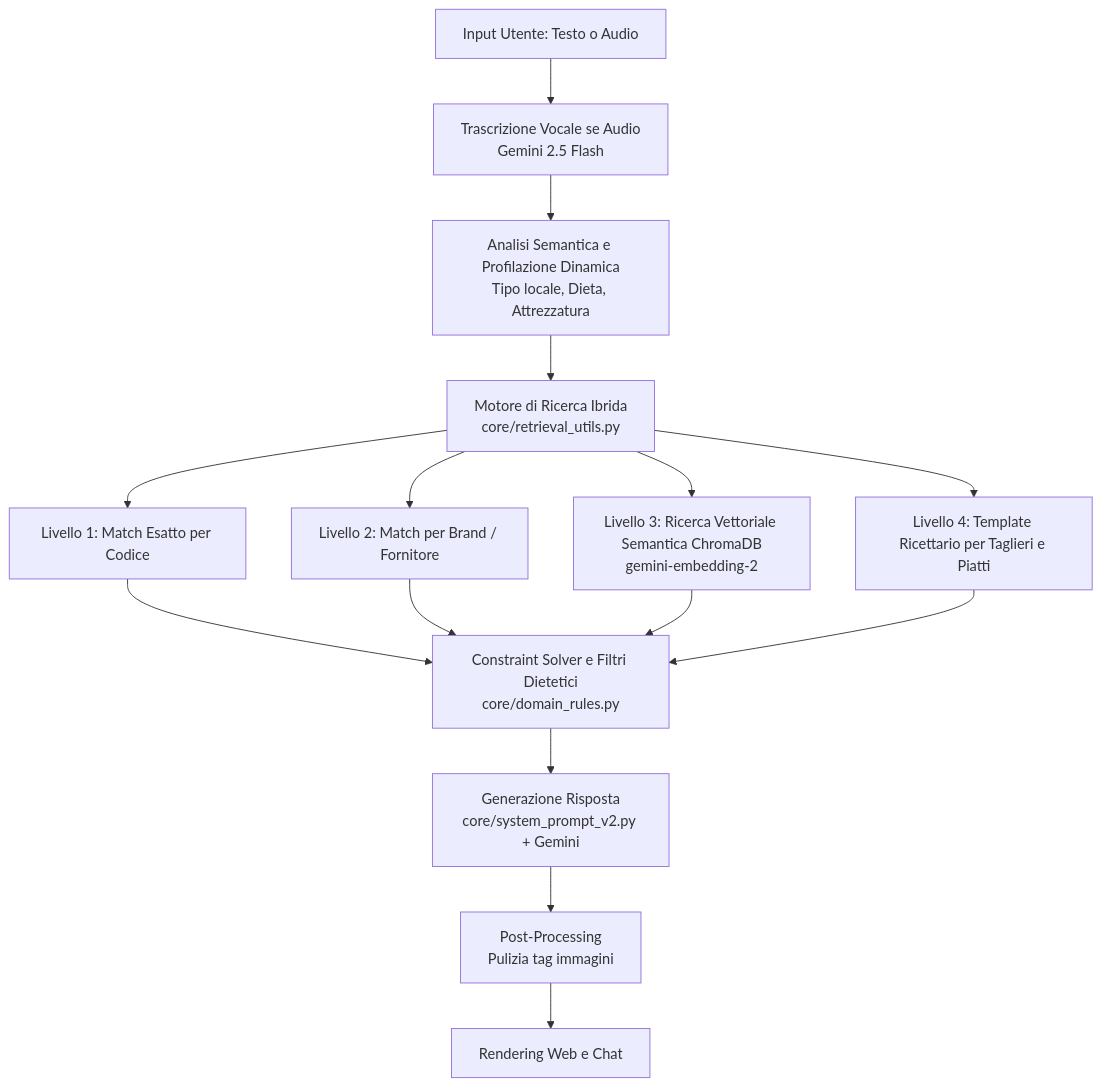
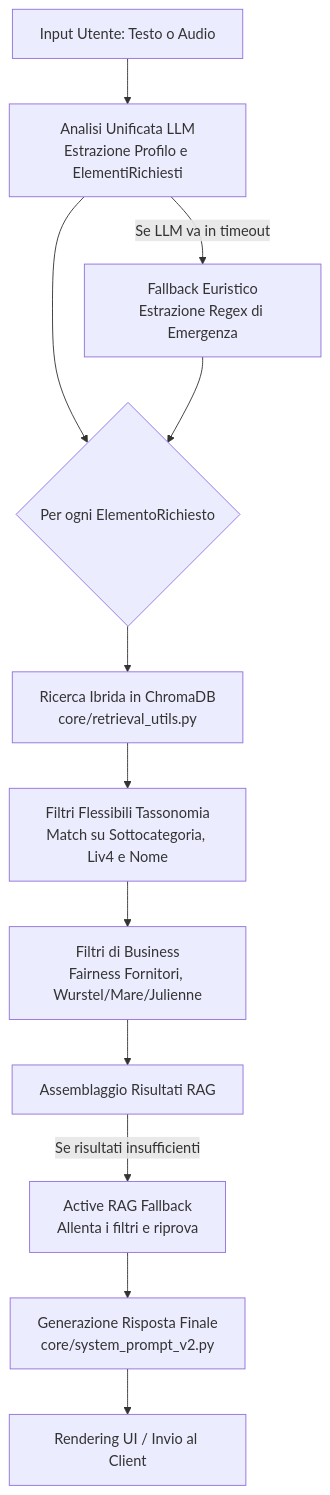
Before and after one commit to Michele1406/bot_embedding2: the diagram in README.md, drawn with Mermaid. The commit also changed other lines of this file and 1 other file, not shown here.

Commit message:
Aggiornato README.md e migliorato parsing numeri liberi nel fallback euristico

````diff
--- a/README.md
+++ b/README.md
@@ -39,14 +19,14 @@
 ```mermaid
 flowchart TD
-    A[Input Utente: Testo o Audio] --> B[Trascrizione Vocale se Audio\nGemini 2.5 Flash]
-    B --> C[Analisi Semantica e Profilazione Dinamica\nTipo locale, Dieta, Attrezzatura]
-    C --> D[Motore di Ricerca Ibrida\ncore/retrieval_utils.py]
-    D --> E[Livello 1: Match Esatto per Codice]
-    D --> F[Livello 2: Match per Brand / Fornitore]
-    D --> G[Livello 3: Ricerca Vettoriale Semantica ChromaDB\ngemini-embedding-2]
-    D --> H[Livello 4: Template Ricettario per Taglieri e Piatti]
-    E & F & G & H --> I[Constraint Solver e Filtri Dietetici\ncore/domain_rules.py]
-    I --> J[Generazione Risposta\ncore/system_prompt_v2.py + Gemini]
-    J --> K[Post-Processing\nPulizia tag immagini]
-    K --> L[Rendering Web e Chat]
+    A[Input Utente: Testo o Audio] --> B[Analisi Unificata LLM\nEstrazione Profilo e ElementiRichiesti]
+    B -->|Se LLM va in timeout| B2[Fallback Euristico\nEstrazione Regex di Emergenza]
+    B --> C{Per ogni ElementoRichiesto}
+    B2 --> C
+    C --> D[Ricerca Ibrida in ChromaDB\ncore/retrieval_utils.py]
+    D --> E[Filtri Flessibili Tassonomia\nMatch su Sottocategoria, Liv4 e Nome]
+    E --> F[Filtri di Business\nFairness Fornitori, Wurstel/Mare/Julienne]
+    F --> G[Assemblaggio Risultati RAG]
+    G -->|Se risultati insufficienti| H[Active RAG Fallback\nAllenta i filtri e riprova]
+    H --> I[Generazione Risposta Finale\ncore/system_prompt_v2.py]
+    I --> J[Rendering UI / Invio al Client]
 ```
````
